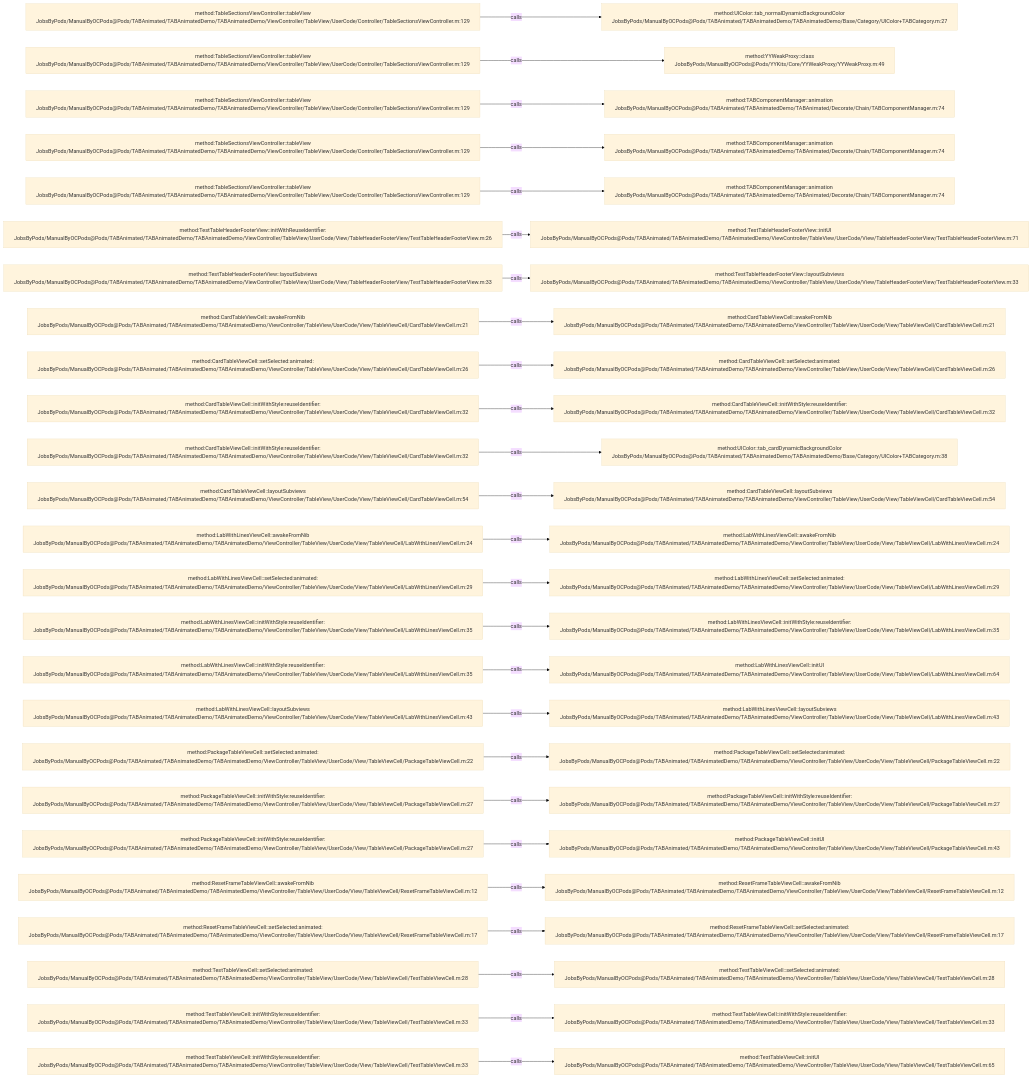
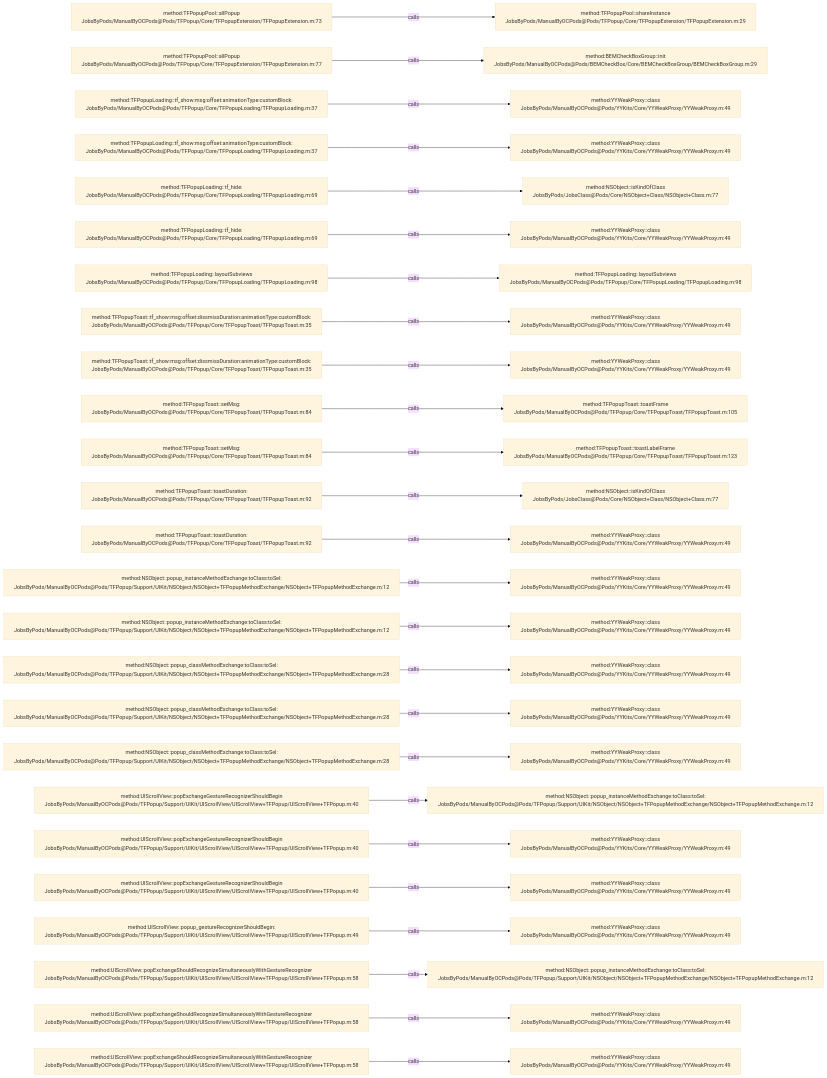
The diagram in .codegraph/codegraph.md/graphs/calls-067.md (JobsKits/JobsOCBaseConfigDemo), drawn with Mermaid (base theme) before and after one commit. The commit also changed 1353 other files, not shown here.

````diff
--- a/.codegraph/codegraph.md/graphs/calls-067.md
+++ b/.codegraph/codegraph.md/graphs/calls-067.md
@@ -13,78 +13,78 @@
 ```mermaid
 flowchart LR
-  S1["method:TableSectionsViewController::tableView<br/>JobsByPods/ManualByOCPods@Pods/TABAnimated/TABAnimatedDemo/TABAnimatedDemo/ViewController/TableView/UserCode/Controller/TableSectionsViewController.m:129"]
-  T1["method:UIColor::tab_normalDynamicBackgroundColor<br/>JobsByPods/ManualByOCPods@Pods/TABAnimated/TABAnimatedDemo/TABAnimatedDemo/Base/Category/UIColor+TABCategory.m:27"]
+  S1["method:TFPopupPool::allPopup<br/>JobsByPods/ManualByOCPods@Pods/TFPopup/Core/TFPopupExtension/TFPopupExtension.m:73"]
+  T1["method:TFPopupPool::shareInstance<br/>JobsByPods/ManualByOCPods@Pods/TFPopup/Core/TFPopupExtension/TFPopupExtension.m:29"]
   S1 -->|calls| T1
-  S2["method:TableSectionsViewController::tableView<br/>JobsByPods/ManualByOCPods@Pods/TABAnimated/TABAnimatedDemo/TABAnimatedDemo/ViewController/TableView/UserCode/Controller/TableSectionsViewController.m:129"]
-  T2["method:YYWeakProxy::class<br/>JobsByPods/ManualByOCPods@Pods/YYKits/Core/YYWeakProxy/YYWeakProxy.m:49"]
+  S2["method:TFPopupPool::allPopup<br/>JobsByPods/ManualByOCPods@Pods/TFPopup/Core/TFPopupExtension/TFPopupExtension.m:77"]
+  T2["method:BEMCheckBoxGroup::init<br/>JobsByPods/ManualByOCPods@Pods/BEMCheckBox/Core/BEMCheckBoxGroup/BEMCheckBoxGroup.m:29"]
   S2 -->|calls| T2
-  S3["method:TableSectionsViewController::tableView<br/>JobsByPods/ManualByOCPods@Pods/TABAnimated/TABAnimatedDemo/TABAnimatedDemo/ViewController/TableView/UserCode/Controller/TableSectionsViewController.m:129"]
-  T3["method:TABComponentManager::animation<br/>JobsByPods/ManualByOCPods@Pods/TABAnimated/TABAnimatedDemo/TABAnimated/Decorate/Chain/TABComponentManager.m:74"]
+  S3["method:TFPopupLoading::tf_show:msg:offset:animationType:customBlock:<br/>JobsByPods/ManualByOCPods@Pods/TFPopup/Core/TFPopupLoading/TFPopupLoading.m:37"]
+  T3["method:YYWeakProxy::class<br/>JobsByPods/ManualByOCPods@Pods/YYKits/Core/YYWeakProxy/YYWeakProxy.m:49"]
   S3 -->|calls| T3
-  S4["method:TableSectionsViewController::tableView<br/>JobsByPods/ManualByOCPods@Pods/TABAnimated/TABAnimatedDemo/TABAnimatedDemo/ViewController/TableView/UserCode/Controller/TableSectionsViewController.m:129"]
-  T4["method:TABComponentManager::animation<br/>JobsByPods/ManualByOCPods@Pods/TABAnimated/TABAnimatedDemo/TABAnimated/Decorate/Chain/TABComponentManager.m:74"]
+  S4["method:TFPopupLoading::tf_show:msg:offset:animationType:customBlock:<br/>JobsByPods/ManualByOCPods@Pods/TFPopup/Core/TFPopupLoading/TFPopupLoading.m:37"]
+  T4["method:YYWeakProxy::class<br/>JobsByPods/ManualByOCPods@Pods/YYKits/Core/YYWeakProxy/YYWeakProxy.m:49"]
   S4 -->|calls| T4
-  S5["method:TableSectionsViewController::tableView<br/>JobsByPods/ManualByOCPods@Pods/TABAnimated/TABAnimatedDemo/TABAnimatedDemo/ViewController/TableView/UserCode/Controller/TableSectionsViewController.m:129"]
-  T5["method:TABComponentManager::animation<br/>JobsByPods/ManualByOCPods@Pods/TABAnimated/TABAnimatedDemo/TABAnimated/Decorate/Chain/TABComponentManager.m:74"]
+  S5["method:TFPopupLoading::tf_hide:<br/>JobsByPods/ManualByOCPods@Pods/TFPopup/Core/TFPopupLoading/TFPopupLoading.m:69"]
+  T5["method:NSObject::isKindOfClass<br/>JobsByPods/JobsClass@Pods/Core/NSObject+Class/NSObject+Class.m:77"]
   S5 -->|calls| T5
-  S6["method:TestTableHeaderFooterView::initWithReuseIdentifier:<br/>JobsByPods/ManualByOCPods@Pods/TABAnimated/TABAnimatedDemo/TABAnimatedDemo/ViewController/TableView/UserCode/View/TableHeaderFooterView/TestTableHeaderFooterView.m:26"]
-  T6["method:TestTableHeaderFooterView::initUI<br/>JobsByPods/ManualByOCPods@Pods/TABAnimated/TABAnimatedDemo/TABAnimatedDemo/ViewController/TableView/UserCode/View/TableHeaderFooterView/TestTableHeaderFooterView.m:71"]
+  S6["method:TFPopupLoading::tf_hide:<br/>JobsByPods/ManualByOCPods@Pods/TFPopup/Core/TFPopupLoading/TFPopupLoading.m:69"]
+  T6["method:YYWeakProxy::class<br/>JobsByPods/ManualByOCPods@Pods/YYKits/Core/YYWeakProxy/YYWeakProxy.m:49"]
   S6 -->|calls| T6
-  S7["method:TestTableHeaderFooterView::layoutSubviews<br/>JobsByPods/ManualByOCPods@Pods/TABAnimated/TABAnimatedDemo/TABAnimatedDemo/ViewController/TableView/UserCode/View/TableHeaderFooterView/TestTableHeaderFooterView.m:33"]
-  T7["method:TestTableHeaderFooterView::layoutSubviews<br/>JobsByPods/ManualByOCPods@Pods/TABAnimated/TABAnimatedDemo/TABAnimatedDemo/ViewController/TableView/UserCode/View/TableHeaderFooterView/TestTableHeaderFooterView.m:33"]
+  S7["method:TFPopupLoading::layoutSubviews<br/>JobsByPods/ManualByOCPods@Pods/TFPopup/Core/TFPopupLoading/TFPopupLoading.m:98"]
+  T7["method:TFPopupLoading::layoutSubviews<br/>JobsByPods/ManualByOCPods@Pods/TFPopup/Core/TFPopupLoading/TFPopupLoading.m:98"]
   S7 -->|calls| T7
-  S8["method:CardTableViewCell::awakeFromNib<br/>JobsByPods/ManualByOCPods@Pods/TABAnimated/TABAnimatedDemo/TABAnimatedDemo/ViewController/TableView/UserCode/View/TableViewCell/CardTableViewCell.m:21"]
-  T8["method:CardTableViewCell::awakeFromNib<br/>JobsByPods/ManualByOCPods@Pods/TABAnimated/TABAnimatedDemo/TABAnimatedDemo/ViewController/TableView/UserCode/View/TableViewCell/CardTableViewCell.m:21"]
+  S8["method:TFPopupToast::tf_show:msg:offset:dissmissDuration:animationType:customBlock:<br/>JobsByPods/ManualByOCPods@Pods/TFPopup/Core/TFPopupToast/TFPopupToast.m:35"]
+  T8["method:YYWeakProxy::class<br/>JobsByPods/ManualByOCPods@Pods/YYKits/Core/YYWeakProxy/YYWeakProxy.m:49"]
   S8 -->|calls| T8
-  S9["method:CardTableViewCell::setSelected:animated:<br/>JobsByPods/ManualByOCPods@Pods/TABAnimated/TABAnimatedDemo/TABAnimatedDemo/ViewController/TableView/UserCode/View/TableViewCell/CardTableViewCell.m:26"]
-  T9["method:CardTableViewCell::setSelected:animated:<br/>JobsByPods/ManualByOCPods@Pods/TABAnimated/TABAnimatedDemo/TABAnimatedDemo/ViewController/TableView/UserCode/View/TableViewCell/CardTableViewCell.m:26"]
+  S9["method:TFPopupToast::tf_show:msg:offset:dissmissDuration:animationType:customBlock:<br/>JobsByPods/ManualByOCPods@Pods/TFPopup/Core/TFPopupToast/TFPopupToast.m:35"]
+  T9["method:YYWeakProxy::class<br/>JobsByPods/ManualByOCPods@Pods/YYKits/Core/YYWeakProxy/YYWeakProxy.m:49"]
   S9 -->|calls| T9
-  S10["method:CardTableViewCell::initWithStyle:reuseIdentifier:<br/>JobsByPods/ManualByOCPods@Pods/TABAnimated/TABAnimatedDemo/TABAnimatedDemo/ViewController/TableView/UserCode/View/TableViewCell/CardTableViewCell.m:32"]
-  T10["method:CardTableViewCell::initWithStyle:reuseIdentifier:<br/>JobsByPods/ManualByOCPods@Pods/TABAnimated/TABAnimatedDemo/TABAnimatedDemo/ViewController/TableView/UserCode/View/TableViewCell/CardTableViewCell.m:32"]
+  S10["method:TFPopupToast::setMsg:<br/>JobsByPods/ManualByOCPods@Pods/TFPopup/Core/TFPopupToast/TFPopupToast.m:84"]
+  T10["method:TFPopupToast::toastFrame<br/>JobsByPods/ManualByOCPods@Pods/TFPopup/Core/TFPopupToast/TFPopupToast.m:105"]
   S10 -->|calls| T10
-  S11["method:CardTableViewCell::initWithStyle:reuseIdentifier:<br/>JobsByPods/ManualByOCPods@Pods/TABAnimated/TABAnimatedDemo/TABAnimatedDemo/ViewController/TableView/UserCode/View/TableViewCell/CardTableViewCell.m:32"]
-  T11["method:UIColor::tab_cardDynamicBackgroundColor<br/>JobsByPods/ManualByOCPods@Pods/TABAnimated/TABAnimatedDemo/TABAnimatedDemo/Base/Category/UIColor+TABCategory.m:38"]
+  S11["method:TFPopupToast::setMsg:<br/>JobsByPods/ManualByOCPods@Pods/TFPopup/Core/TFPopupToast/TFPopupToast.m:84"]
+  T11["method:TFPopupToast::toastLabelFrame<br/>JobsByPods/ManualByOCPods@Pods/TFPopup/Core/TFPopupToast/TFPopupToast.m:123"]
   S11 -->|calls| T11
-  S12["method:CardTableViewCell::layoutSubviews<br/>JobsByPods/ManualByOCPods@Pods/TABAnimated/TABAnimatedDemo/TABAnimatedDemo/ViewController/TableView/UserCode/View/TableViewCell/CardTableViewCell.m:54"]
-  T12["method:CardTableViewCell::layoutSubviews<br/>JobsByPods/ManualByOCPods@Pods/TABAnimated/TABAnimatedDemo/TABAnimatedDemo/ViewController/TableView/UserCode/View/TableViewCell/CardTableViewCell.m:54"]
+  S12["method:TFPopupToast::toastDuration:<br/>JobsByPods/ManualByOCPods@Pods/TFPopup/Core/TFPopupToast/TFPopupToast.m:92"]
+  T12["method:NSObject::isKindOfClass<br/>JobsByPods/JobsClass@Pods/Core/NSObject+Class/NSObject+Class.m:77"]
   S12 -->|calls| T12
-  S13["method:LabWithLinesViewCell::awakeFromNib<br/>JobsByPods/ManualByOCPods@Pods/TABAnimated/TABAnimatedDemo/TABAnimatedDemo/ViewController/TableView/UserCode/View/TableViewCell/LabWithLinesViewCell.m:24"]
-  T13["method:LabWithLinesViewCell::awakeFromNib<br/>JobsByPods/ManualByOCPods@Pods/TABAnimated/TABAnimatedDemo/TABAnimatedDemo/ViewController/TableView/UserCode/View/TableViewCell/LabWithLinesViewCell.m:24"]
+  S13["method:TFPopupToast::toastDuration:<br/>JobsByPods/ManualByOCPods@Pods/TFPopup/Core/TFPopupToast/TFPopupToast.m:92"]
+  T13["method:YYWeakProxy::class<br/>JobsByPods/ManualByOCPods@Pods/YYKits/Core/YYWeakProxy/YYWeakProxy.m:49"]
   S13 -->|calls| T13
-  S14["method:LabWithLinesViewCell::setSelected:animated:<br/>JobsByPods/ManualByOCPods@Pods/TABAnimated/TABAnimatedDemo/TABAnimatedDemo/ViewController/TableView/UserCode/View/TableViewCell/LabWithLinesViewCell.m:29"]
-  T14["method:LabWithLinesViewCell::setSelected:animated:<br/>JobsByPods/ManualByOCPods@Pods/TABAnimated/TABAnimatedDemo/TABAnimatedDemo/ViewController/TableView/UserCode/View/TableViewCell/LabWithLinesViewCell.m:29"]
+  S14["method:NSObject::popup_instanceMethodExchange:toClass:toSel:<br/>JobsByPods/ManualByOCPods@Pods/TFPopup/Support/UIKit/NSObject/NSObject+TFPopupMethodExchange/NSObject+TFPopupMethodExchange.m:12"]
+  T14["method:YYWeakProxy::class<br/>JobsByPods/ManualByOCPods@Pods/YYKits/Core/YYWeakProxy/YYWeakProxy.m:49"]
   S14 -->|calls| T14
-  S15["method:LabWithLinesViewCell::initWithStyle:reuseIdentifier:<br/>JobsByPods/ManualByOCPods@Pods/TABAnimated/TABAnimatedDemo/TABAnimatedDemo/ViewController/TableView/UserCode/View/TableViewCell/LabWithLinesViewCell.m:35"]
-  T15["method:LabWithLinesViewCell::initWithStyle:reuseIdentifier:<br/>JobsByPods/ManualByOCPods@Pods/TABAnimated/TABAnimatedDemo/TABAnimatedDemo/ViewController/TableView/UserCode/View/TableViewCell/LabWithLinesViewCell.m:35"]
+  S15["method:NSObject::popup_instanceMethodExchange:toClass:toSel:<br/>JobsByPods/ManualByOCPods@Pods/TFPopup/Support/UIKit/NSObject/NSObject+TFPopupMethodExchange/NSObject+TFPopupMethodExchange.m:12"]
+  T15["method:YYWeakProxy::class<br/>JobsByPods/ManualByOCPods@Pods/YYKits/Core/YYWeakProxy/YYWeakProxy.m:49"]
   S15 -->|calls| T15
-  S16["method:LabWithLinesViewCell::initWithStyle:reuseIdentifier:<br/>JobsByPods/ManualByOCPods@Pods/TABAnimated/TABAnimatedDemo/TABAnimatedDemo/ViewController/TableView/UserCode/View/TableViewCell/LabWithLinesViewCell.m:35"]
-  T16["method:LabWithLinesViewCell::initUI<br/>JobsByPods/ManualByOCPods@Pods/TABAnimated/TABAnimatedDemo/TABAnimatedDemo/ViewController/TableView/UserCode/View/TableViewCell/LabWithLinesViewCell.m:64"]
+  S16["method:NSObject::popup_classMethodExchange:toClass:toSel:<br/>JobsByPods/ManualByOCPods@Pods/TFPopup/Support/UIKit/NSObject/NSObject+TFPopupMethodExchange/NSObject+TFPopupMethodExchange.m:28"]
+  T16["method:YYWeakProxy::class<br/>JobsByPods/ManualByOCPods@Pods/YYKits/Core/YYWeakProxy/YYWeakProxy.m:49"]
   S16 -->|calls| T16
-  S17["method:LabWithLinesViewCell::layoutSubviews<br/>JobsByPods/ManualByOCPods@Pods/TABAnimated/TABAnimatedDemo/TABAnimatedDemo/ViewController/TableView/UserCode/View/TableViewCell/LabWithLinesViewCell.m:43"]
-  T17["method:LabWithLinesViewCell::layoutSubviews<br/>JobsByPods/ManualByOCPods@Pods/TABAnimated/TABAnimatedDemo/TABAnimatedDemo/ViewController/TableView/UserCode/View/TableViewCell/LabWithLinesViewCell.m:43"]
+  S17["method:NSObject::popup_classMethodExchange:toClass:toSel:<br/>JobsByPods/ManualByOCPods@Pods/TFPopup/Support/UIKit/NSObject/NSObject+TFPopupMethodExchange/NSObject+TFPopupMethodExchange.m:28"]
+  T17["method:YYWeakProxy::class<br/>JobsByPods/ManualByOCPods@Pods/YYKits/Core/YYWeakProxy/YYWeakProxy.m:49"]
   S17 -->|calls| T17
-  S18["method:PackageTableViewCell::setSelected:animated:<br/>JobsByPods/ManualByOCPods@Pods/TABAnimated/TABAnimatedDemo/TABAnimatedDemo/ViewController/TableView/UserCode/View/TableViewCell/PackageTableViewCell.m:22"]
-  T18["method:PackageTableViewCell::setSelected:animated:<br/>JobsByPods/ManualByOCPods@Pods/TABAnimated/TABAnimatedDemo/TABAnimatedDemo/ViewController/TableView/UserCode/View/TableViewCell/PackageTableViewCell.m:22"]
+  S18["method:NSObject::popup_classMethodExchange:toClass:toSel:<br/>JobsByPods/ManualByOCPods@Pods/TFPopup/Support/UIKit/NSObject/NSObject+TFPopupMethodExchange/NSObject+TFPopupMethodExchange.m:28"]
+  T18["method:YYWeakProxy::class<br/>JobsByPods/ManualByOCPods@Pods/YYKits/Core/YYWeakProxy/YYWeakProxy.m:49"]
   S18 -->|calls| T18
-  S19["method:PackageTableViewCell::initWithStyle:reuseIdentifier:<br/>JobsByPods/ManualByOCPods@Pods/TABAnimated/TABAnimatedDemo/TABAnimatedDemo/ViewController/TableView/UserCode/View/TableViewCell/PackageTableViewCell.m:27"]
-  T19["method:PackageTableViewCell::initWithStyle:reuseIdentifier:<br/>JobsByPods/ManualByOCPods@Pods/TABAnimated/TABAnimatedDemo/TABAnimatedDemo/ViewController/TableView/UserCode/View/TableViewCell/PackageTableViewCell.m:27"]
+  S19["method:UIScrollView::popExchangeGestureRecognizerShouldBegin<br/>JobsByPods/ManualByOCPods@Pods/TFPopup/Support/UIKit/UIScrollView/UIScrollView+TFPopup/UIScrollView+TFPopup.m:40"]
+  T19["method:NSObject::popup_instanceMethodExchange:toClass:toSel:<br/>JobsByPods/ManualByOCPods@Pods/TFPopup/Support/UIKit/NSObject/NSObject+TFPopupMethodExchange/NSObject+TFPopupMethodExchange.m:12"]
   S19 -->|calls| T19
-  S20["method:PackageTableViewCell::initWithStyle:reuseIdentifier:<br/>JobsByPods/ManualByOCPods@Pods/TABAnimated/TABAnimatedDemo/TABAnimatedDemo/ViewController/TableView/UserCode/View/TableViewCell/PackageTableViewCell.m:27"]
-  T20["method:PackageTableViewCell::initUI<br/>JobsByPods/ManualByOCPods@Pods/TABAnimated/TABAnimatedDemo/TABAnimatedDemo/ViewController/TableView/UserCode/View/TableViewCell/PackageTableViewCell.m:43"]
+  S20["method:UIScrollView::popExchangeGestureRecognizerShouldBegin<br/>JobsByPods/ManualByOCPods@Pods/TFPopup/Support/UIKit/UIScrollView/UIScrollView+TFPopup/UIScrollView+TFPopup.m:40"]
+  T20["method:YYWeakProxy::class<br/>JobsByPods/ManualByOCPods@Pods/YYKits/Core/YYWeakProxy/YYWeakProxy.m:49"]
   S20 -->|calls| T20
-  S21["method:ResetFrameTableViewCell::awakeFromNib<br/>JobsByPods/ManualByOCPods@Pods/TABAnimated/TABAnimatedDemo/TABAnimatedDemo/ViewController/TableView/UserCode/View/TableViewCell/ResetFrameTableViewCell.m:12"]
-  T21["method:ResetFrameTableViewCell::awakeFromNib<br/>JobsByPods/ManualByOCPods@Pods/TABAnimated/TABAnimatedDemo/TABAnimatedDemo/ViewController/TableView/UserCode/View/TableViewCell/ResetFrameTableViewCell.m:12"]
+  S21["method:UIScrollView::popExchangeGestureRecognizerShouldBegin<br/>JobsByPods/ManualByOCPods@Pods/TFPopup/Support/UIKit/UIScrollView/UIScrollView+TFPopup/UIScrollView+TFPopup.m:40"]
+  T21["method:YYWeakProxy::class<br/>JobsByPods/ManualByOCPods@Pods/YYKits/Core/YYWeakProxy/YYWeakProxy.m:49"]
   S21 -->|calls| T21
-  S22["method:ResetFrameTableViewCell::setSelected:animated:<br/>JobsByPods/ManualByOCPods@Pods/TABAnimated/TABAnimatedDemo/TABAnimatedDemo/ViewController/TableView/UserCode/View/TableViewCell/ResetFrameTableViewCell.m:17"]
-  T22["method:ResetFrameTableViewCell::setSelected:animated:<br/>JobsByPods/ManualByOCPods@Pods/TABAnimated/TABAnimatedDemo/TABAnimatedDemo/ViewController/TableView/UserCode/View/TableViewCell/ResetFrameTableViewCell.m:17"]
+  S22["method:UIScrollView::popup_gestureRecognizerShouldBegin:<br/>JobsByPods/ManualByOCPods@Pods/TFPopup/Support/UIKit/UIScrollView/UIScrollView+TFPopup/UIScrollView+TFPopup.m:49"]
+  T22["method:YYWeakProxy::class<br/>JobsByPods/ManualByOCPods@Pods/YYKits/Core/YYWeakProxy/YYWeakProxy.m:49"]
   S22 -->|calls| T22
-  S23["method:TestTableViewCell::setSelected:animated:<br/>JobsByPods/ManualByOCPods@Pods/TABAnimated/TABAnimatedDemo/TABAnimatedDemo/ViewController/TableView/UserCode/View/TableViewCell/TestTableViewCell.m:28"]
-  T23["method:TestTableViewCell::setSelected:animated:<br/>JobsByPods/ManualByOCPods@Pods/TABAnimated/TABAnimatedDemo/TABAnimatedDemo/ViewController/TableView/UserCode/View/TableViewCell/TestTableViewCell.m:28"]
+  S23["method:UIScrollView::popExchangeShouldRecognizeSimultaneouslyWithGestureRecognizer<br/>JobsByPods/ManualByOCPods@Pods/TFPopup/Support/UIKit/UIScrollView/UIScrollView+TFPopup/UIScrollView+TFPopup.m:58"]
+  T23["method:NSObject::popup_instanceMethodExchange:toClass:toSel:<br/>JobsByPods/ManualByOCPods@Pods/TFPopup/Support/UIKit/NSObject/NSObject+TFPopupMethodExchange/NSObject+TFPopupMethodExchange.m:12"]
   S23 -->|calls| T23
-  S24["method:TestTableViewCell::initWithStyle:reuseIdentifier:<br/>JobsByPods/ManualByOCPods@Pods/TABAnimated/TABAnimatedDemo/TABAnimatedDemo/ViewController/TableView/UserCode/View/TableViewCell/TestTableViewCell.m:33"]
-  T24["method:TestTableViewCell::initWithStyle:reuseIdentifier:<br/>JobsByPods/ManualByOCPods@Pods/TABAnimated/TABAnimatedDemo/TABAnimatedDemo/ViewController/TableView/UserCode/View/TableViewCell/TestTableViewCell.m:33"]
+  S24["method:UIScrollView::popExchangeShouldRecognizeSimultaneouslyWithGestureRecognizer<br/>JobsByPods/ManualByOCPods@Pods/TFPopup/Support/UIKit/UIScrollView/UIScrollView+TFPopup/UIScrollView+TFPopup.m:58"]
+  T24["method:YYWeakProxy::class<br/>JobsByPods/ManualByOCPods@Pods/YYKits/Core/YYWeakProxy/YYWeakProxy.m:49"]
   S24 -->|calls| T24
-  S25["method:TestTableViewCell::initWithStyle:reuseIdentifier:<br/>JobsByPods/ManualByOCPods@Pods/TABAnimated/TABAnimatedDemo/TABAnimatedDemo/ViewController/TableView/UserCode/View/TableViewCell/TestTableViewCell.m:33"]
-  T25["method:TestTableViewCell::initUI<br/>JobsByPods/ManualByOCPods@Pods/TABAnimated/TABAnimatedDemo/TABAnimatedDemo/ViewController/TableView/UserCode/View/TableViewCell/TestTableViewCell.m:65"]
+  S25["method:UIScrollView::popExchangeShouldRecognizeSimultaneouslyWithGestureRecognizer<br/>JobsByPods/ManualByOCPods@Pods/TFPopup/Support/UIKit/UIScrollView/UIScrollView+TFPopup/UIScrollView+TFPopup.m:58"]
+  T25["method:YYWeakProxy::class<br/>JobsByPods/ManualByOCPods@Pods/YYKits/Core/YYWeakProxy/YYWeakProxy.m:49"]
   S25 -->|calls| T25
 ```
````
